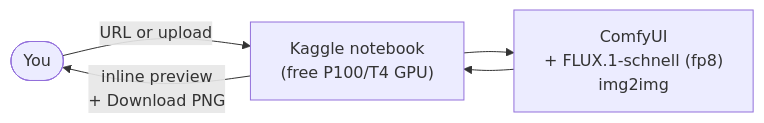
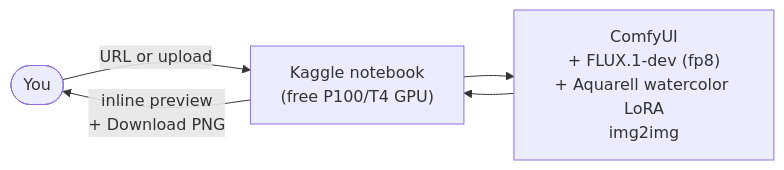
Before and after one commit to 8lianno/aquarender: the diagram in README.md, drawn with Mermaid. The commit also changed other lines of this file and 2 other files, not shown here.

````diff
--- a/README.md
+++ b/README.md
@@ -36,7 +38,7 @@
 ```mermaid
 flowchart LR
     User([You]) -- "URL or upload" --> NB["Kaggle notebook<br/>(free P100/T4 GPU)"]
-    NB --> Comfy["ComfyUI<br/>+ FLUX.1-schnell (fp8)<br/>img2img"]
+    NB --> Comfy["ComfyUI<br/>+ FLUX.1-dev (fp8)<br/>+ Aquarell watercolor LoRA<br/>img2img"]
     Comfy --> NB
     NB -- "inline preview<br/>+ Download PNG" --> User
 ```
````
